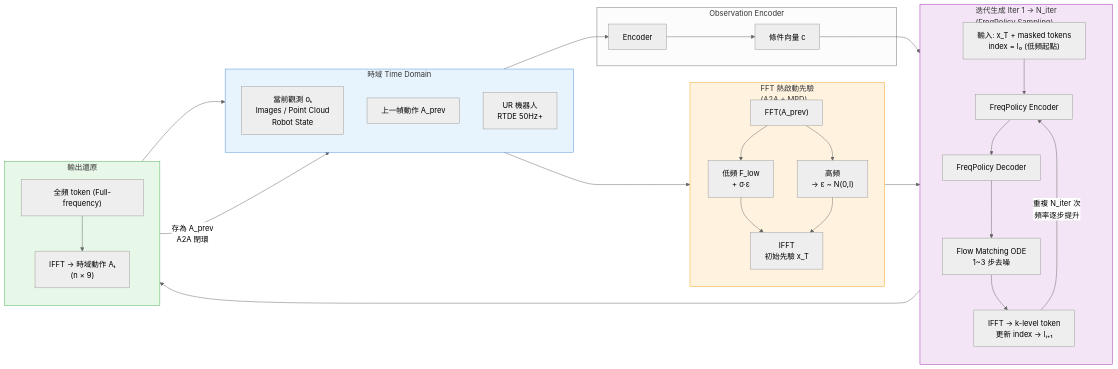
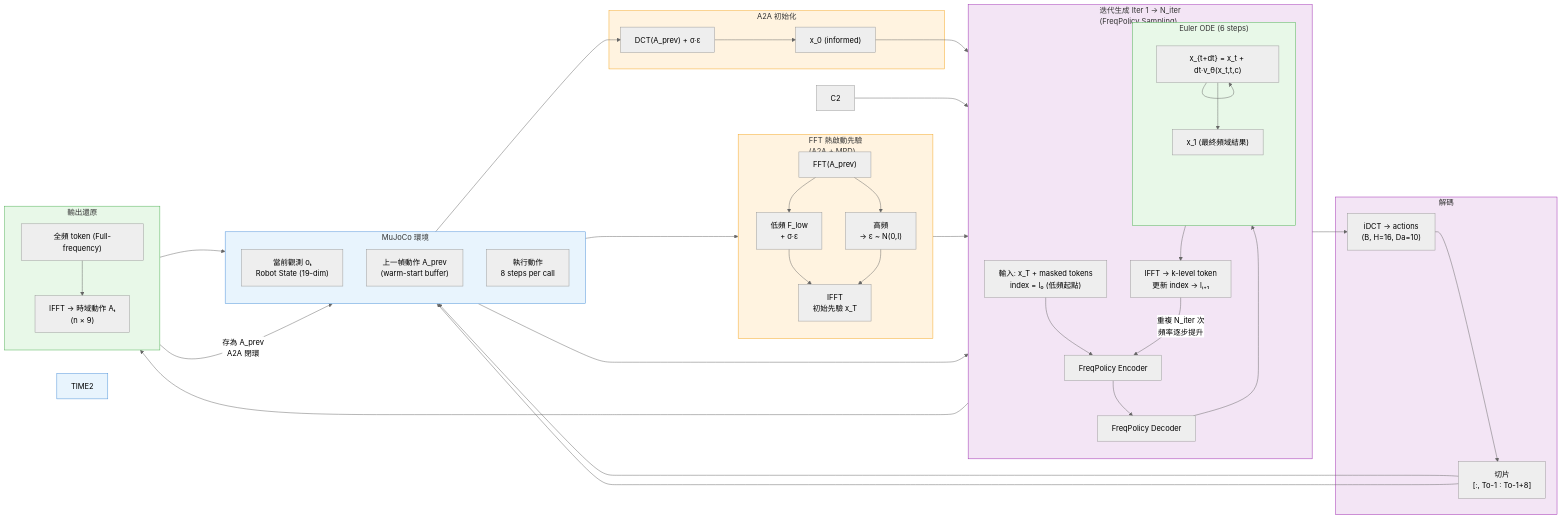
Before and after one commit to sodchuang/Spectral-Adaptive-Modulated-Prior-Diffusion: the second of 2 diagrams in README.md, drawn with Mermaid (neutral theme). The commit also changed other lines of this file, not shown here.

````diff
--- a/README.md
+++ b/README.md
@@ -194,52 +58,73 @@
 ```mermaid
 flowchart LR
-    subgraph TIME2["時域 Time Domain"]
+    subgraph ENV["MuJoCo 環境"]
         direction TB
-        OT["當前觀測 oₜ\nImages / Point Cloud\nRobot State"]
-        AT_PREV["上一幀動作 A_prev"]
-        ROBOT["UR 機器人\nRTDE 50Hz+"]
+        OT["當前觀測 oₜ\nRobot State (19-dim)"]
+        AT_PREV["上一幀動作 A_prev\n(warm-start buffer)"]
+        ROBOT["執行動作\n8 steps per call"]
     end
 
-    subgraph ENC2["Observation Encoder"]
-        OT --> ENC_2["Encoder"]
-        ENC_2 --> C2["條件向量 c"]
+    subgraph WARMSTART["A2A 初始化"]
+        AT_PREV --> DCT2["DCT(A_prev) + σ·ε"]
+        DCT2 --> X0I["x_0 (informed)"]
     end
+
+    subgraph ODE["Euler ODE (6 steps)"]
+        direction TB
+        X0I --> STEP["x_{t+dt} = x_t + dt·v_θ(x_t,t,c)"]
+        STEP --> STEP
+        STEP --> X1["x_1 (最終頻域結果)"]
+    end
+
+    subgraph DECODE["解碼"]
+        X1 --> IDCT["iDCT → actions\n(B, H=16, Da=10)"]
+        IDCT --> SLICE["切片\n[:, To-1 : To-1+8]"]
+    end
+
+    OT --> ODE
+    SLICE --> ROBOT
+    SLICE --> AT_PREV
+
+    style ENV fill:#e8f4fd,stroke:#4a90d9
+    style WARMSTART fill:#fff3e0,stroke:#f5a623
+    style ODE fill:#e8f8e8,stroke:#4caf50
+    style DECODE fill:#f3e5f5,stroke:#9c27b0
 
     subgraph PRIOR3["FFT 熱啟動先驗\n(A2A + MPD)"]
         direction TB
         AT_PREV --> FFT3["FFT(A_prev)"]
         FFT3 --> LOW3["低頻 F_low\n+ σ·ε"]
         FFT3 --> HIGH3["高頻\n→ ε ~ N(0,I)"]
         LOW3 --> IFFT3["IFFT\n初始先驗 x_T"]
         HIGH3 --> IFFT3
     end
 
     subgraph ITER_BLOCK["迭代生成 Iter 1 → N_iter\n(FreqPolicy Sampling)"]
         direction TB
         ITER_IN["輸入: x_T + masked tokens\nindex = l₀ (低頻起點)"]
         ENC_I2["FreqPolicy Encoder"]
         DEC_I2["FreqPolicy Decoder"]
         ODE["Flow Matching ODE\n1~3 步去噪"]
         IFFT_I2["IFFT → k-level token\n更新 index → lᵢ₊₁"]
         ITER_IN --> ENC_I2 --> DEC_I2 --> ODE --> IFFT_I2
         IFFT_I2 -->|"重複 N_iter 次\n頻率逐步提升"| ENC_I2
     end
 
     subgraph OUT_BLOCK["輸出還原"]
         direction TB
         FULL2["全頻 token (Full-frequency)"]
         IFFT_OUT2["IFFT → 時域動作 Aₜ\n(n × 9)"]
         FULL2 --> IFFT_OUT2
     end
 
     C2 --> ITER_IN
     IFFT3 --> ITER_IN
     IFFT_I2 --> FULL2
     IFFT_OUT2 --> ROBOT
     IFFT_OUT2 -->|"存為 A_prev\nA2A 閉環"| AT_PREV
 
     style TIME2 fill:#e8f4fd,stroke:#4a90d9
     style PRIOR3 fill:#fff3e0,stroke:#f5a623
     style ITER_BLOCK fill:#f3e5f5,stroke:#9c27b0
     style OUT_BLOCK fill:#e8f8e8,stroke:#4caf50
 ```
````
